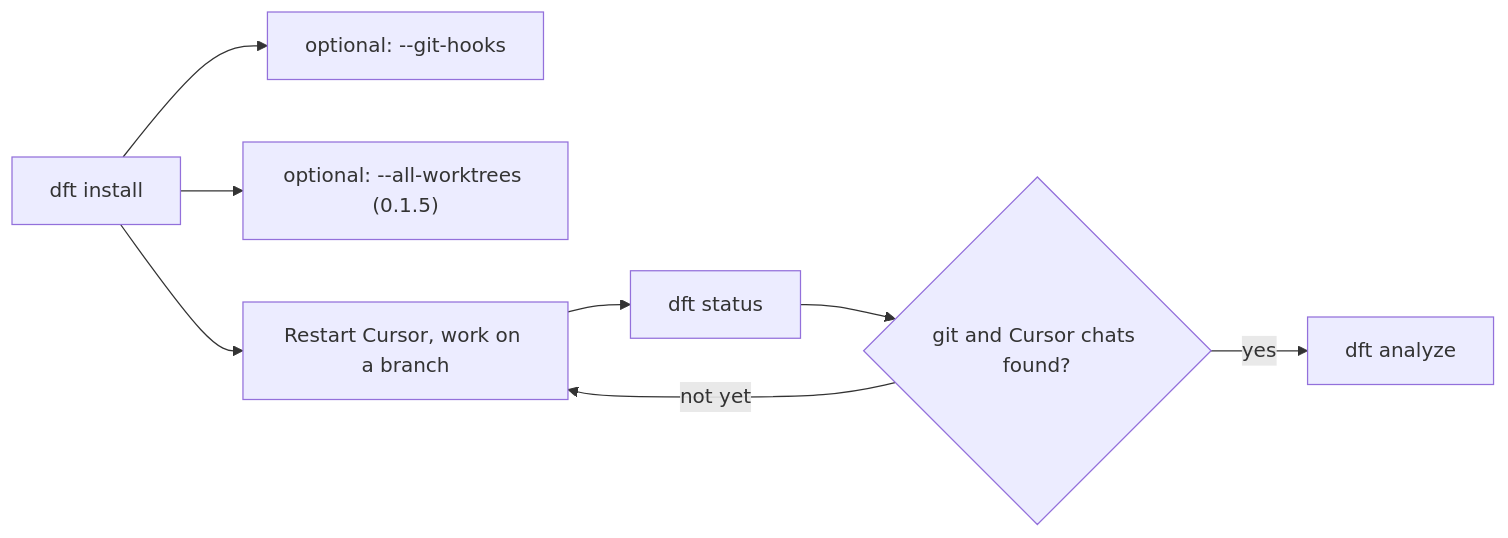
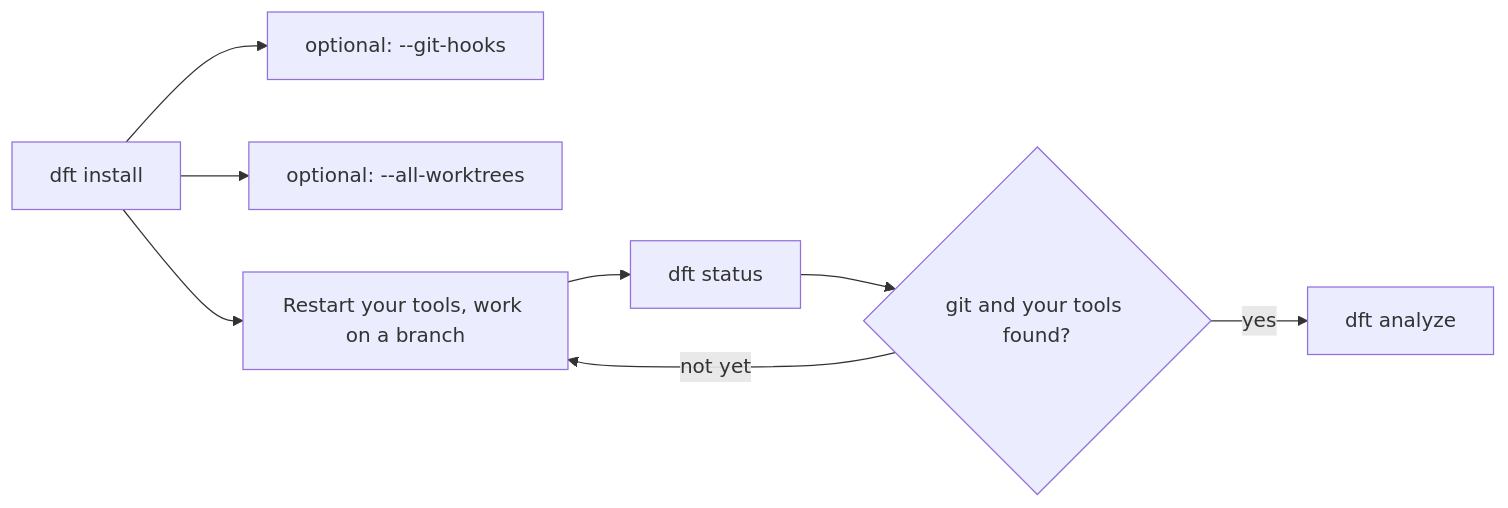
Before and after one commit to BleedingDev/dx-feature-tracker: diagram 18 of 19 in docs/HOW-IT-WORKS.md, drawn with Mermaid. The commit also changed other lines of this file and 3 other files, not shown here.

````diff
--- a/docs/HOW-IT-WORKS.md
+++ b/docs/HOW-IT-WORKS.md
@@ -461,10 +484,10 @@
 ```mermaid
 flowchart LR
     I["dft install"] --> G["optional: --git-hooks"]
-    I --> W["optional: --all-worktrees (0.1.5)"]
-    I --> C["Restart Cursor, work on a branch"]
+    I --> W["optional: --all-worktrees"]
+    I --> C["Restart your tools, work on a branch"]
     C --> S["dft status"]
-    S --> OK{"git and Cursor chats found?"}
+    S --> OK{"git and your tools found?"}
     OK -->|yes| R["dft analyze"]
     OK -->|"not yet"| C
 ```
````
